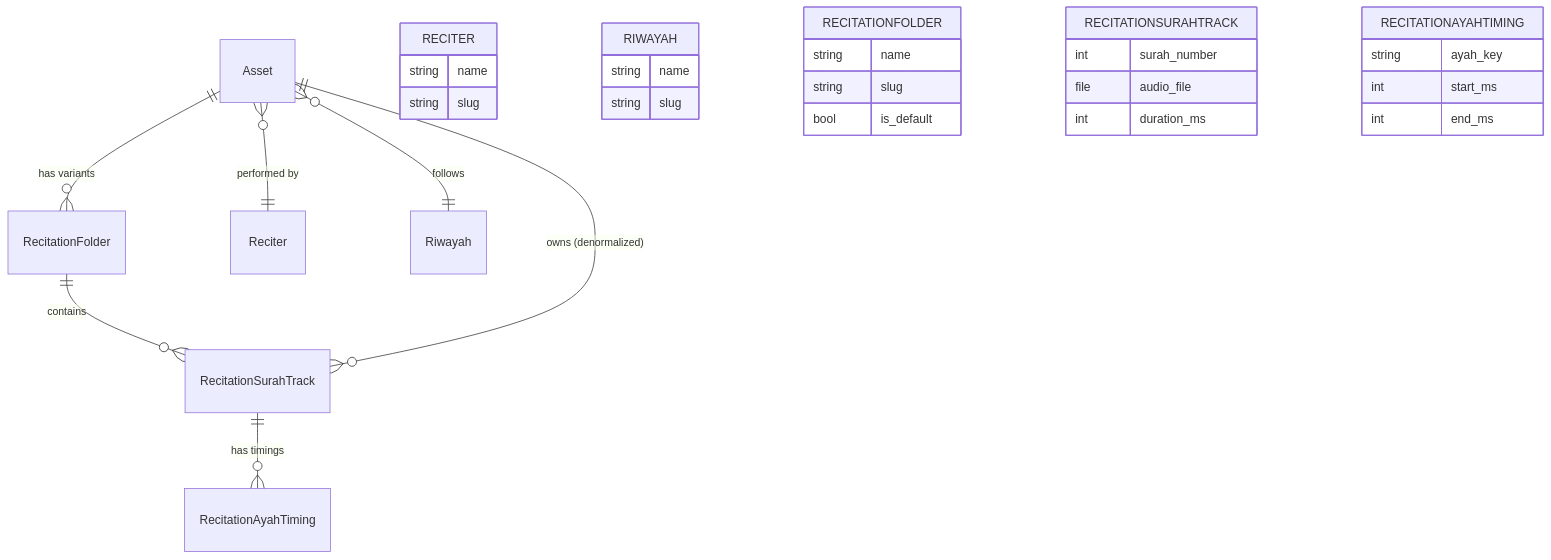
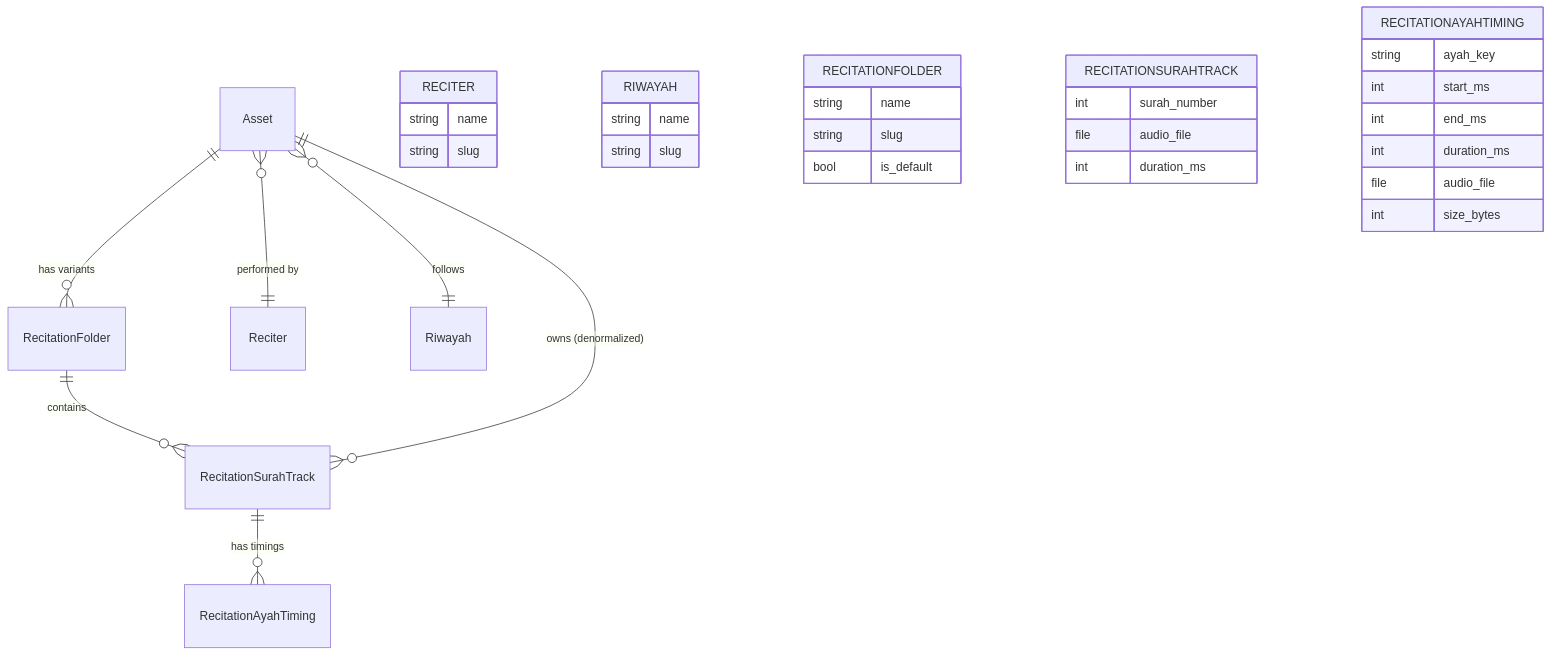
The eighth of 8 diagrams in docs/ARCHITECTURE.md (Itqan-community/cms-backend), drawn with Mermaid before and after one commit. The commit also changed other lines of this file and 8 other files, not shown here.

````diff
--- a/docs/ARCHITECTURE.md
+++ b/docs/ARCHITECTURE.md
@@ -370,37 +370,40 @@
 ```mermaid
 erDiagram
     Asset ||--o{ RecitationFolder : "has variants"
     RecitationFolder ||--o{ RecitationSurahTrack : "contains"
     Asset ||--o{ RecitationSurahTrack : "owns (denormalized)"
     RecitationSurahTrack ||--o{ RecitationAyahTiming : "has timings"
     Asset }o--|| Reciter : "performed by"
     Asset }o--|| Riwayah : "follows"
 
     RECITER {
         string name
         string slug
     }
 
     RIWAYAH {
         string name
         string slug
     }
 
     RECITATIONFOLDER {
         string name
         string slug
         bool is_default
     }
 
     RECITATIONSURAHTRACK {
         int surah_number
         file audio_file
         int duration_ms
     }
 
     RECITATIONAYAHTIMING {
         string ayah_key
         int start_ms
         int end_ms
+        int duration_ms
+        file audio_file
+        int size_bytes
     }
 ```
````
